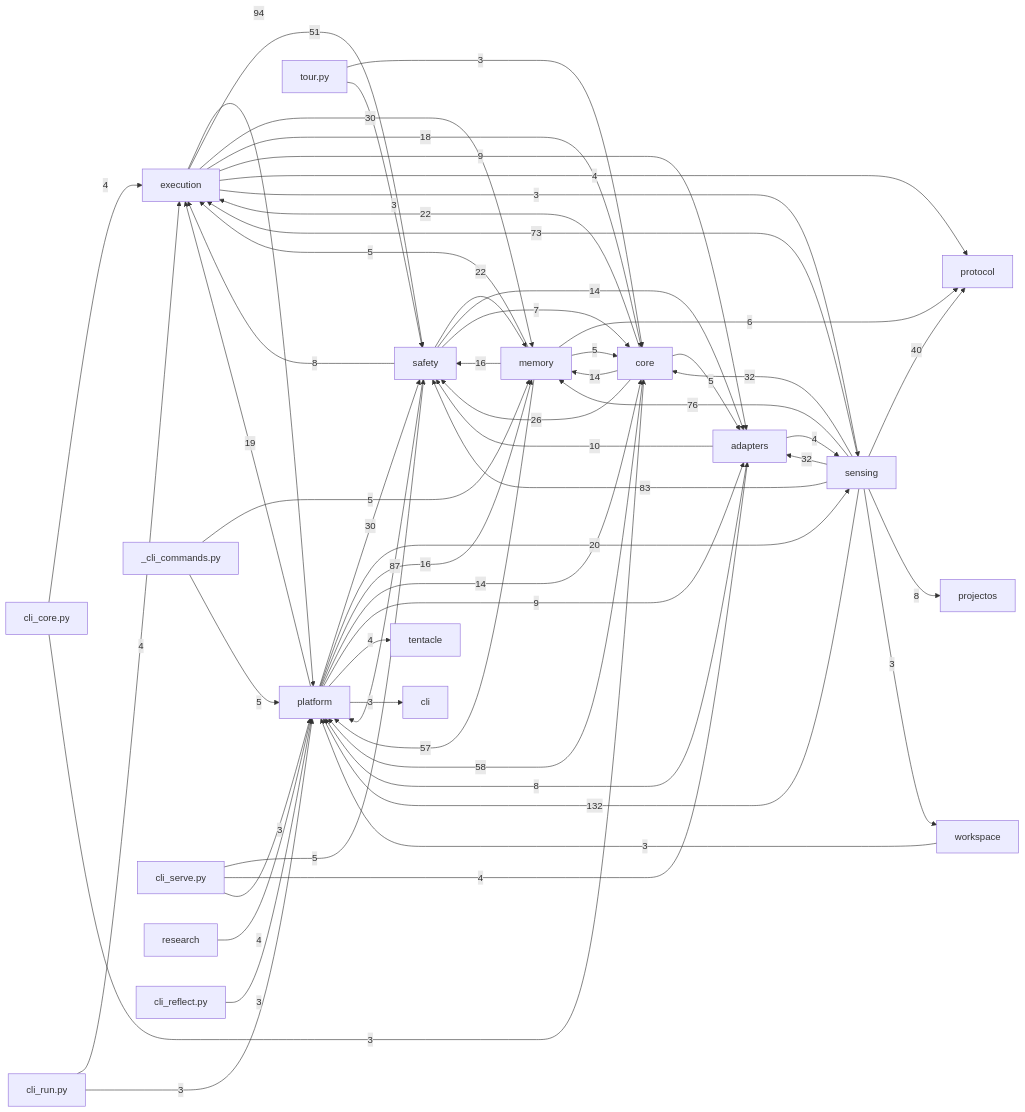
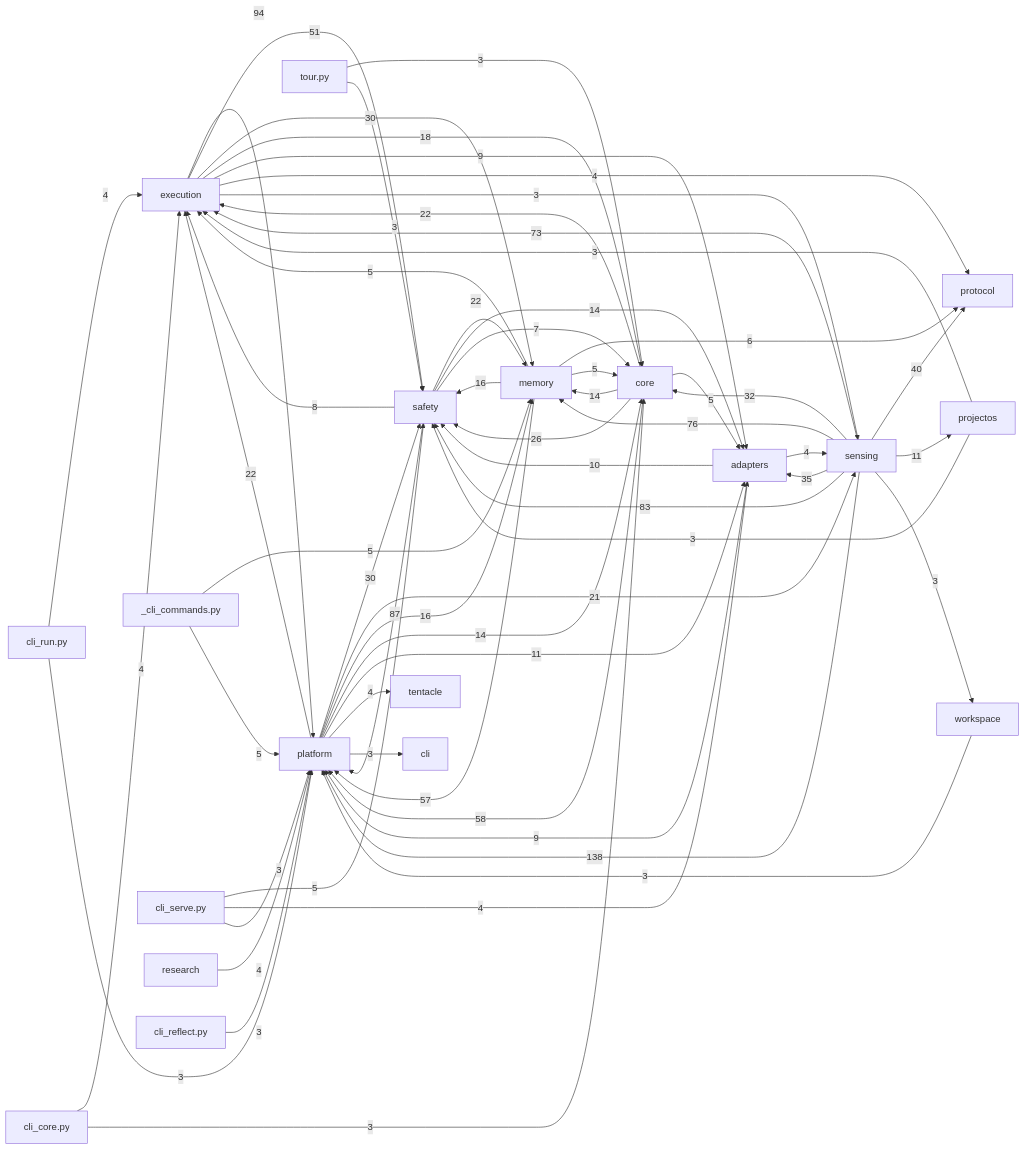
Before and after one commit to dengdenghua/octopus-agent: the diagram in docs/auto/20-backend/index.md, drawn with Mermaid. The commit also changed 129 other files, not shown here.

````diff
--- a/docs/auto/20-backend/index.md
+++ b/docs/auto/20-backend/index.md
@@ -26,66 +26,68 @@
 ```mermaid
 graph LR
   execution[execution]
   core[core]
   safety[safety]
   memory[memory]
   sensing[sensing]
   adapters[adapters]
   platform[platform]
-  sensing -- 132 --> platform
+  sensing -- 138 --> platform
   execution -- 94 --> platform
   safety -- 87 --> platform
   sensing -- 83 --> safety
   sensing -- 76 --> memory
   sensing -- 73 --> execution
   core -- 58 --> platform
   memory -- 57 --> platform
   execution -- 51 --> safety
   sensing -- 40 --> protocol
-  sensing -- 32 --> adapters
+  sensing -- 35 --> adapters
   sensing -- 32 --> core
   execution -- 30 --> memory
   platform -- 30 --> safety
   core -- 26 --> safety
   core -- 22 --> execution
+  platform -- 22 --> execution
   safety -- 22 --> memory
-  platform -- 20 --> sensing
-  platform -- 19 --> execution
+  platform -- 21 --> sensing
   execution -- 18 --> core
   memory -- 16 --> safety
   platform -- 16 --> memory
   core -- 14 --> memory
   platform -- 14 --> core
   safety -- 14 --> adapters
+  platform -- 11 --> adapters
+  sensing -- 11 --> projectos
   adapters -- 10 --> safety
+  adapters -- 9 --> platform
   execution -- 9 --> adapters
-  platform -- 9 --> adapters
-  adapters -- 8 --> platform
   safety -- 8 --> execution
-  sensing -- 8 --> projectos
   safety -- 7 --> core
   memory -- 6 --> protocol
   _cli_commands.py -- 5 --> memory
   _cli_commands.py -- 5 --> platform
   cli_serve.py -- 5 --> safety
   core -- 5 --> adapters
   memory -- 5 --> core
   memory -- 5 --> execution
   adapters -- 4 --> sensing
   cli_core.py -- 4 --> execution
   cli_run.py -- 4 --> execution
   cli_serve.py -- 4 --> adapters
   execution -- 4 --> protocol
   platform -- 4 --> tentacle
   research -- 4 --> platform
   cli_core.py -- 3 --> core
   cli_reflect.py -- 3 --> platform
   cli_run.py -- 3 --> platform
   cli_serve.py -- 3 --> platform
   execution -- 3 --> sensing
   platform -- 3 --> cli
+  projectos -- 3 --> execution
+  projectos -- 3 --> safety
   sensing -- 3 --> workspace
   tour.py -- 3 --> core
   tour.py -- 3 --> safety
   workspace -- 3 --> platform
 ```
````
